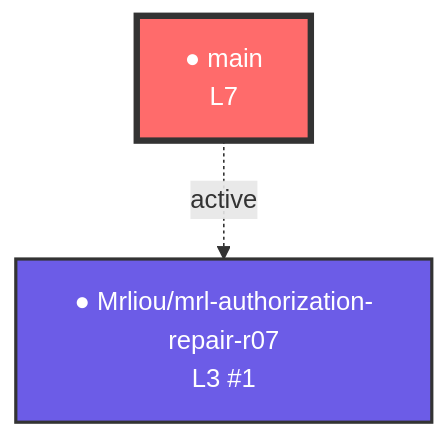
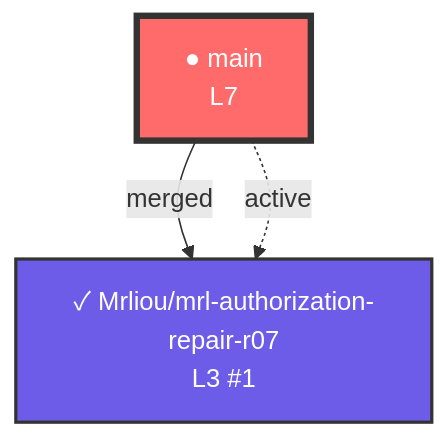
The diagram in neural-links/synaptic-graph.mermaid (dofaromg/mrlioudb), drawn with Mermaid before and after one commit. The commit also changed 1 other file, not shown here.

Commit message:
🧠 Auto-sync neural network map [skip ci]

````diff
--- a/neural-links/synaptic-graph.mermaid
+++ b/neural-links/synaptic-graph.mermaid
@@ -1,18 +1,19 @@
 ```mermaid
 graph TD
   %% 神經網絡分支圖譜 - origin_signature: MrLiouWord
 
   %% 節點定義
   main["● main<br/>L7"]:::trunk
-  Mrliou_mrl_authorization_repair_r07["● Mrliou/mrl-authorization-repair-r07<br/>L3 #1"]:::experimental
+  Mrliou_mrl_authorization_repair_r07["✓ Mrliou/mrl-authorization-repair-r07<br/>L3 #1"]:::experimental
 
   %% 連結定義
+  main -->|merged| Mrliou_mrl_authorization_repair_r07
   main -.->|active| Mrliou_mrl_authorization_repair_r07
 
   %% 樣式定義
   classDef trunk fill:#ff6b6b,stroke:#333,stroke-width:4px,color:#fff
   classDef cognitive fill:#4ecdc4,stroke:#333,stroke-width:3px,color:#000
   classDef feature fill:#95e1d3,stroke:#333,stroke-width:2px,color:#000
   classDef hotfix fill:#f9ca24,stroke:#333,stroke-width:2px,color:#000
   classDef experimental fill:#6c5ce7,stroke:#333,stroke-width:2px,color:#fff
 ```
````
